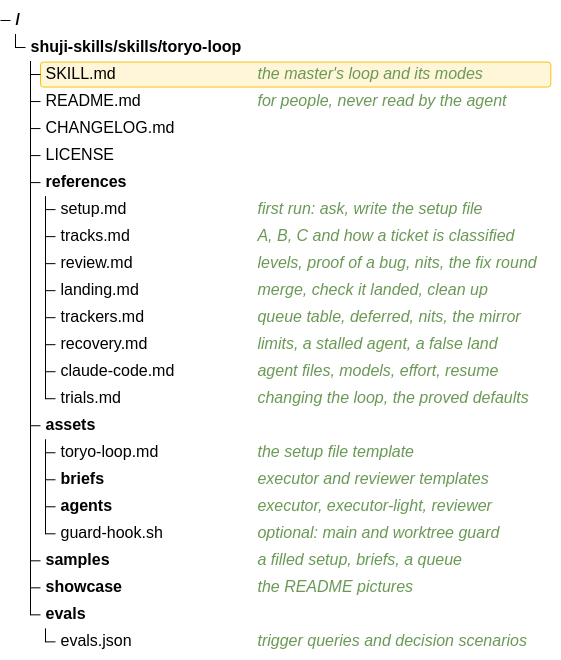
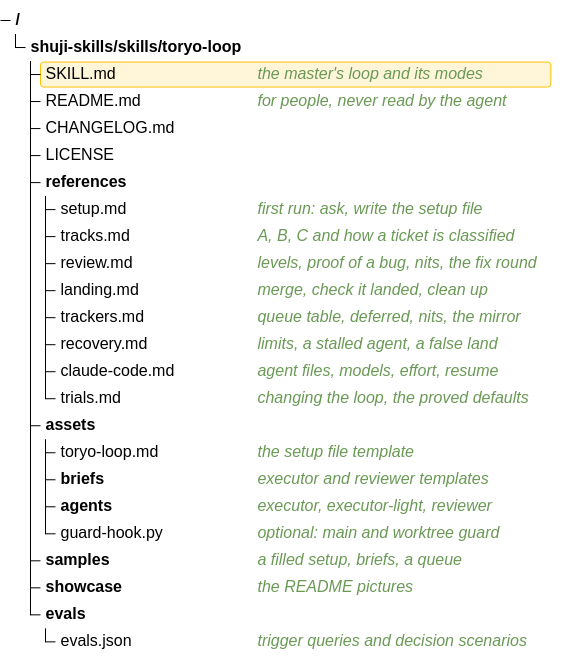
Before and after one commit to exdsgift/shuji-skills: the diagram in skills/toryo-loop/showcase/structure.mmd, drawn with Mermaid. The commit also changed 33 other files, not shown here.

```diff
--- a/skills/toryo-loop/showcase/structure.mmd
+++ b/skills/toryo-loop/showcase/structure.mmd
@@ -1,26 +1,26 @@
 treeView-beta
   accTitle: toryo-loop files
   accDescr: The skill in shuji-skills holds the master's loop in SKILL.md, the details in references, the templates the setup copies in assets, examples in samples and the test cases in evals; each repo that uses it keeps its own setup file and agent definitions.
 shuji-skills/skills/toryo-loop/
 ├── SKILL.md :::highlight ## the master's loop and its modes
 ├── README.md ## for people, never read by the agent
 ├── CHANGELOG.md
 ├── LICENSE
 ├── references/
 │   ├── setup.md ## first run: ask, write the setup file
 │   ├── tracks.md ## A, B, C and how a ticket is classified
 │   ├── review.md ## levels, proof of a bug, nits, the fix round
 │   ├── landing.md ## merge, check it landed, clean up
 │   ├── trackers.md ## queue table, deferred, nits, the mirror
 │   ├── recovery.md ## limits, a stalled agent, a false land
 │   ├── claude-code.md ## agent files, models, effort, resume
 │   └── trials.md ## changing the loop, the proved defaults
 ├── assets/
 │   ├── toryo-loop.md ## the setup file template
 │   ├── briefs/ ## executor and reviewer templates
 │   ├── agents/ ## executor, executor-light, reviewer
-│   └── guard-hook.sh ## optional: main and worktree guard
+│   └── guard-hook.py ## optional: main and worktree guard
 ├── samples/ ## a filled setup, briefs, a queue
 ├── showcase/ ## the README pictures
 └── evals/
     └── evals.json ## trigger queries and decision scenarios
```
